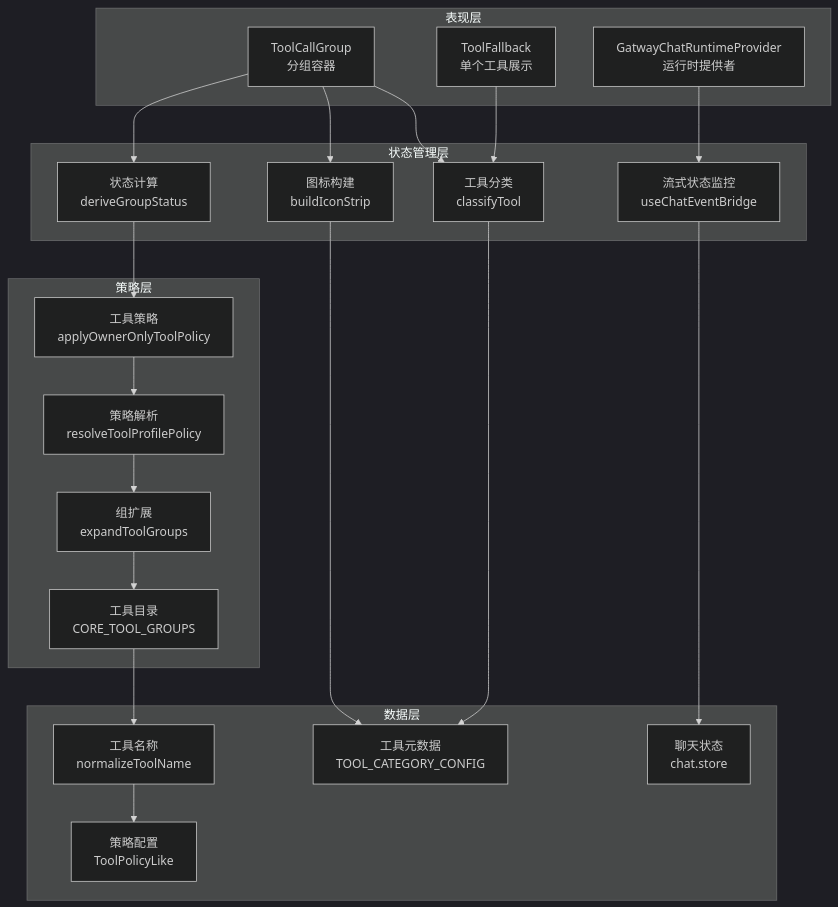
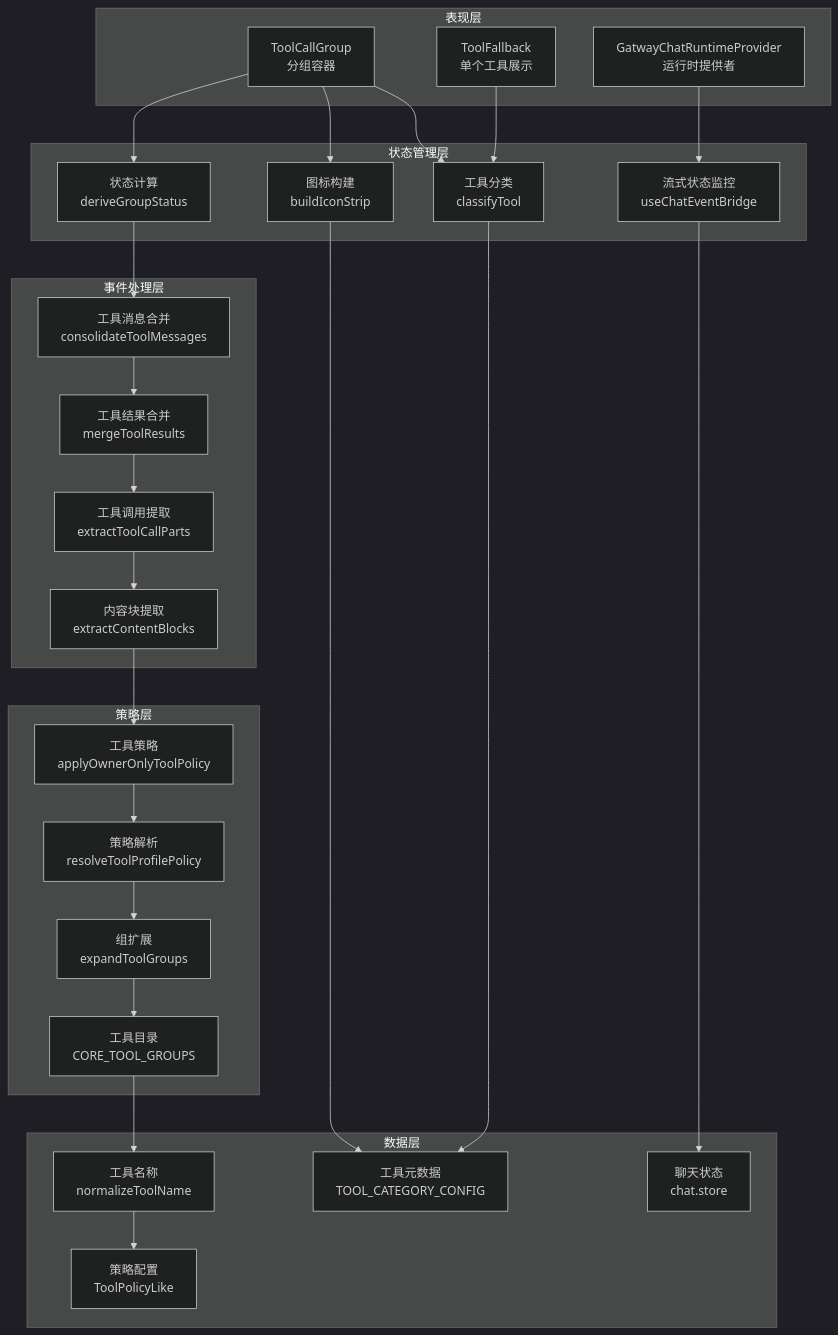
The second of 9 diagrams in .qoder/repowiki/zh/content/Web界面/UI组件系统/工具调用分组组件.md (verse-ai-org/openclaw), drawn with Mermaid (dark theme) before and after one commit. The commit also changed other lines of this file and 18 other files, not shown here.

````diff
--- a/.qoder/repowiki/zh/content/Web界面/UI组件系统/工具调用分组组件.md
+++ b/.qoder/repowiki/zh/content/Web界面/UI组件系统/工具调用分组组件.md
@@ -139,40 +131,50 @@
 ```mermaid
 graph TD
 subgraph "表现层"
 A[ToolCallGroup<br/>分组容器]
 B[ToolFallback<br/>单个工具展示]
 C[GatwayChatRuntimeProvider<br/>运行时提供者]
 end
 subgraph "状态管理层"
 D[状态计算<br/>deriveGroupStatus]
 E[图标构建<br/>buildIconStrip]
 F[工具分类<br/>classifyTool]
 G[流式状态监控<br/>useChatEventBridge]
 end
+subgraph "事件处理层"
+H[工具消息合并<br/>consolidateToolMessages]
+I[工具结果合并<br/>mergeToolResults]
+J[工具调用提取<br/>extractToolCallParts]
+K[内容块提取<br/>extractContentBlocks]
+end
 subgraph "策略层"
-H[工具策略<br/>applyOwnerOnlyToolPolicy]
-I[策略解析<br/>resolveToolProfilePolicy]
-J[组扩展<br/>expandToolGroups]
-K[工具目录<br/>CORE_TOOL_GROUPS]
+L[工具策略<br/>applyOwnerOnlyToolPolicy]
+M[策略解析<br/>resolveToolProfilePolicy]
+N[组扩展<br/>expandToolGroups]
+O[工具目录<br/>CORE_TOOL_GROUPS]
 end
 subgraph "数据层"
-L[工具元数据<br/>TOOL_CATEGORY_CONFIG]
-M[工具名称<br/>normalizeToolName]
-N[策略配置<br/>ToolPolicyLike]
-O[聊天状态<br/>chat.store]
+P[工具元数据<br/>TOOL_CATEGORY_CONFIG]
+Q[工具名称<br/>normalizeToolName]
+R[策略配置<br/>ToolPolicyLike]
+S[聊天状态<br/>chat.store]
 end
 A --> D
 A --> E
 A --> F
 B --> F
 C --> G
 D --> H
-E --> L
-F --> L
+E --> P
+F --> P
 H --> I
 I --> J
 J --> K
-K --> M
+K --> L
+L --> M
 M --> N
-G --> O
+N --> O
+O --> Q
+Q --> R
+G --> S
 ```
````
